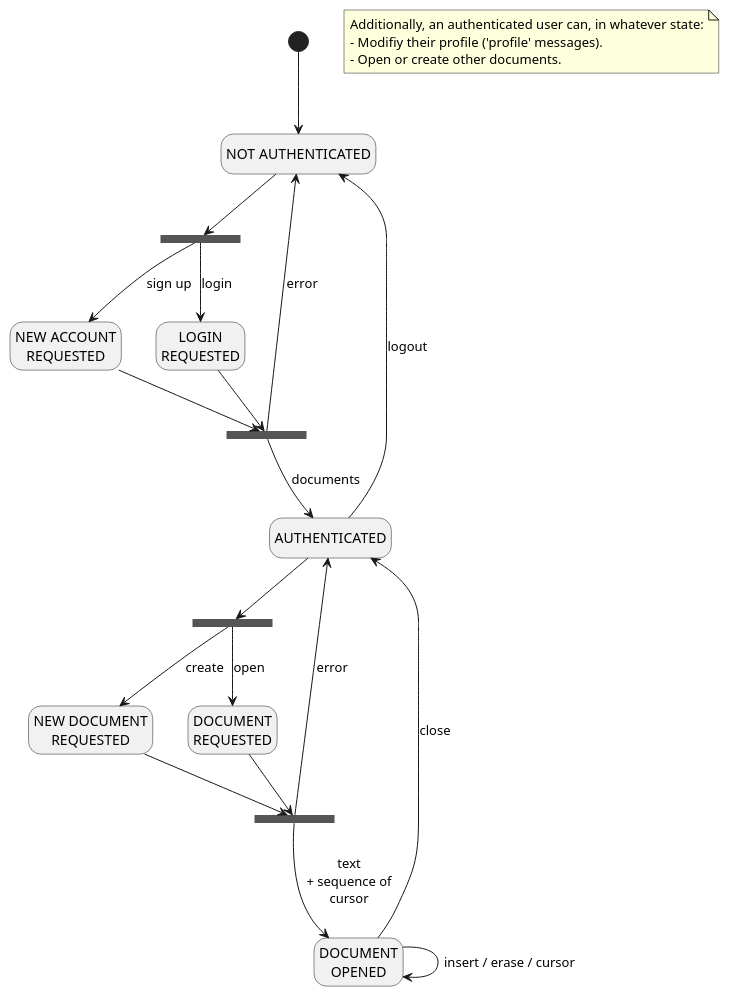
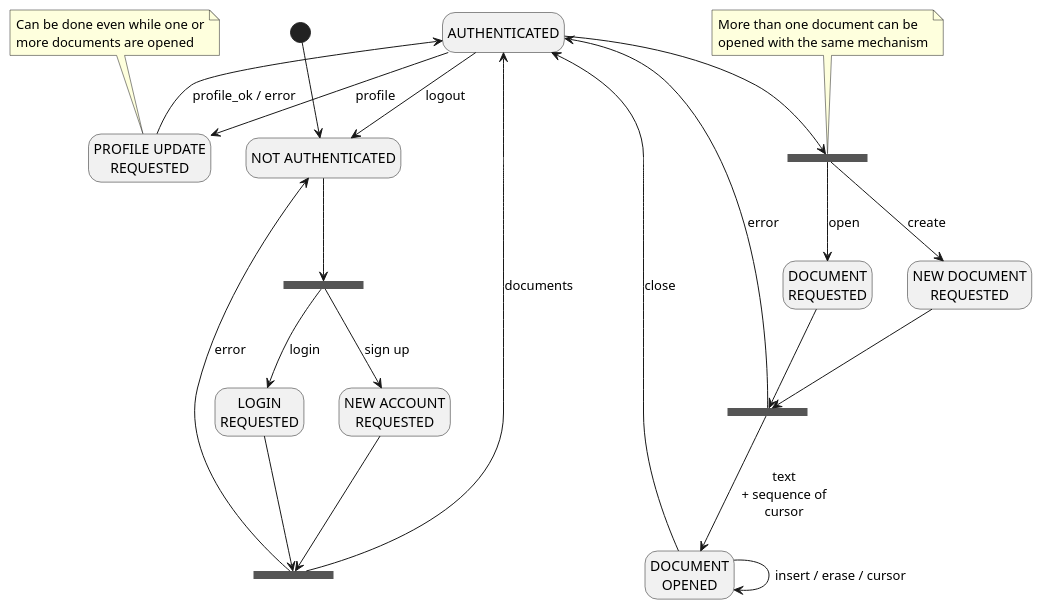
One commit to franco-ruggeri/write-together changed the diagram in docs/plantuml/protocol.pu. Above: the diagram before and after it, drawn with PlantUML. The commit also changed 12 other files, not shown here.

Commit message:
update protocol with user profile and profile update + tests

```diff
--- a/docs/plantuml/protocol.pu
+++ b/docs/plantuml/protocol.pu
@@ -1,43 +1,45 @@
 @startuml
 hide empty description
 
 state "NOT AUTHENTICATED" as na
 state "LOGIN\nREQUESTED" as lr
 state "NEW ACCOUNT\nREQUESTED" as nar
 state "AUTHENTICATED" as a
 state "DOCUMENT\nREQUESTED" as dr
 state "NEW DOCUMENT\nREQUESTED" as ndr
 state "DOCUMENT\nOPENED" as do
+state "PROFILE UPDATE\nREQUESTED" as pur
 state fork_authentication <<fork>>
 state join_authentication <<join>>
 state fork_document <<fork>>
 state join_document <<join>>
 
 [*] --> na
 
 na --> fork_authentication
 fork_authentication --> lr : login
 fork_authentication --> nar : sign up
 lr --> join_authentication
 nar --> join_authentication
 join_authentication --> a : documents
 join_authentication --> na : error
 
 a --> na : logout
 
+a -> pur : profile
+pur --> a : profile_ok / error
+
 a --> fork_document
 fork_document --> dr : open
 fork_document --> ndr : create
 dr --> join_document
 ndr --> join_document
 join_document --> do : text\n+ sequence of\ncursor
 join_document --> a : error
 do --> a : close
 
 do --> do : insert / erase / cursor
-note as n
-   Additionally, an authenticated user can, in whatever state:
-   - Modifiy their profile ('profile' messages).
-   - Open or create other documents.
-end note
+
+note top of pur : Can be done even while one or\nmore documents are opened
+note top of fork_document : More than one document can be\nopened with the same mechanism
 @enduml
```
